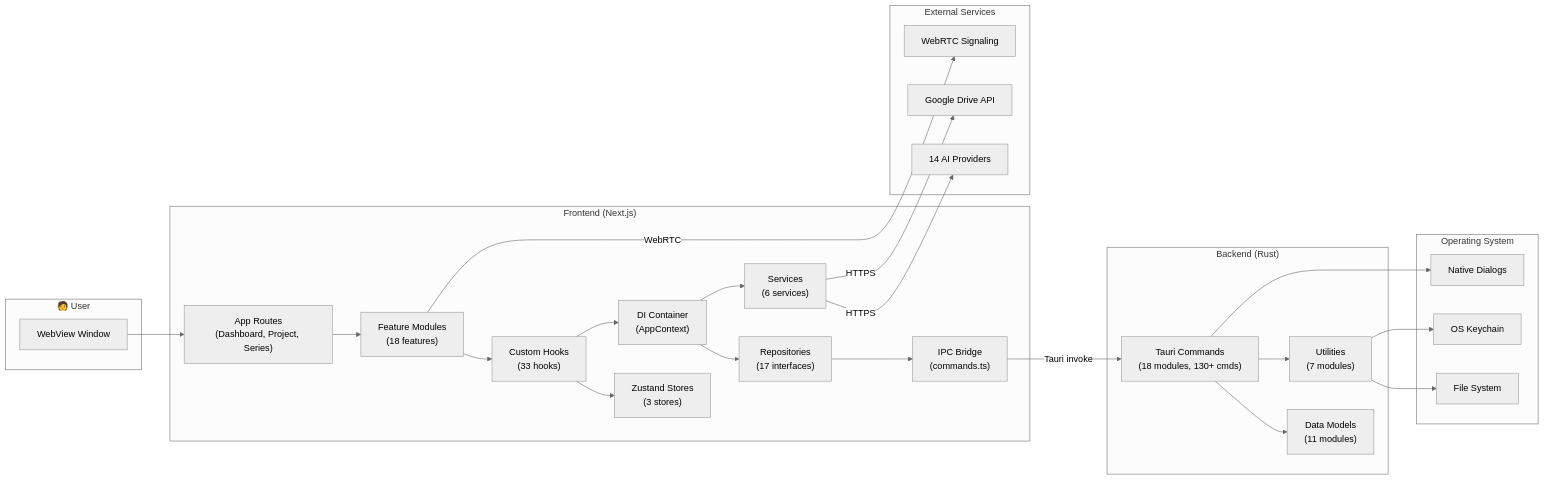
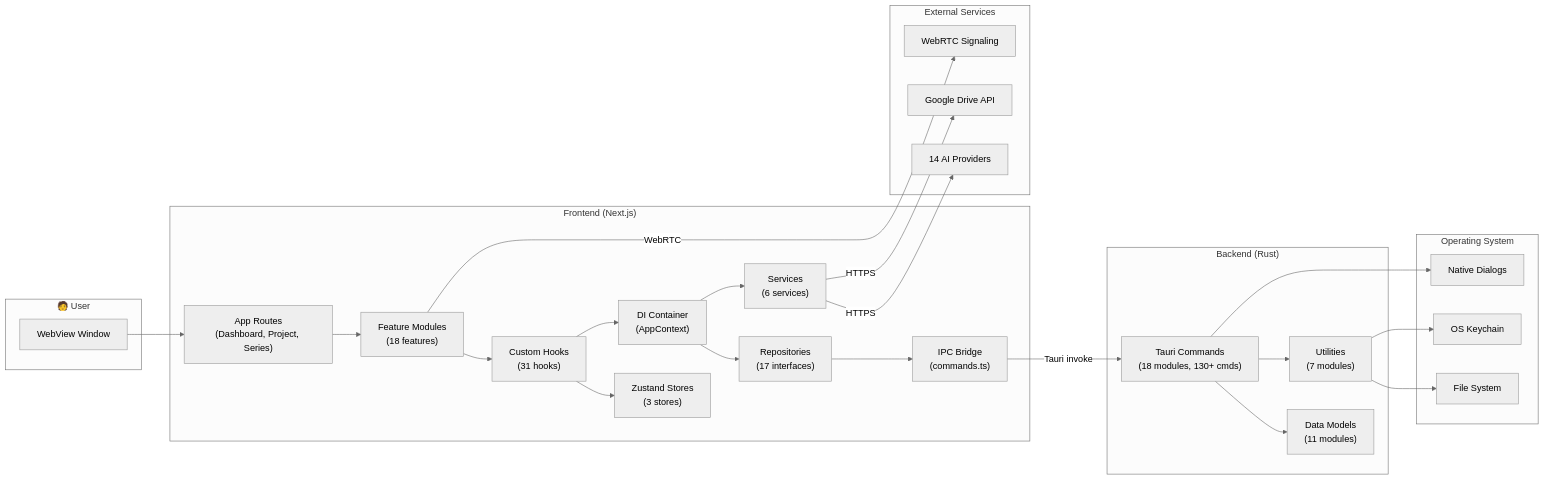
The second of 6 diagrams in docs/hld.md (Sai-Roopesh/becomeAnAuthor), drawn with Mermaid (neutral theme) before and after one commit. The commit also changed other lines of this file and 2 other files, not shown here.

````diff
--- a/docs/hld.md
+++ b/docs/hld.md
@@ -257,49 +257,49 @@
 ```mermaid
 flowchart LR
     subgraph User["🧑 User"]
         Browser["WebView Window"]
     end
 
     subgraph Frontend["Frontend (Next.js)"]
         Pages["App Routes<br/>(Dashboard, Project, Series)"]
         Features["Feature Modules<br/>(18 features)"]
-        Hooks["Custom Hooks<br/>(33 hooks)"]
+        Hooks["Custom Hooks<br/>(31 hooks)"]
         Stores["Zustand Stores<br/>(3 stores)"]
         DI["DI Container<br/>(AppContext)"]
         Repos["Repositories<br/>(17 interfaces)"]
         Services["Services<br/>(6 services)"]
         IPC["IPC Bridge<br/>(commands.ts)"]
     end
 
     subgraph Backend["Backend (Rust)"]
         Commands["Tauri Commands<br/>(18 modules, 130+ cmds)"]
         Models["Data Models<br/>(11 modules)"]
         Utils["Utilities<br/>(7 modules)"]
     end
 
     subgraph OS["Operating System"]
         FS["File System"]
         Keychain["OS Keychain"]
         Dialog["Native Dialogs"]
     end
 
     subgraph External["External Services"]
         AIProviders["14 AI Providers"]
         GDrive["Google Drive API"]
         Signaling["WebRTC Signaling"]
     end
 
     Browser --> Pages --> Features --> Hooks
     Hooks --> Stores
     Hooks --> DI --> Repos --> IPC
     DI --> Services
     IPC -->|"Tauri invoke"| Commands
     Commands --> Models
     Commands --> Utils
     Utils --> FS
     Utils --> Keychain
     Commands --> Dialog
     Services -->|"HTTPS"| AIProviders
     Services -->|"HTTPS"| GDrive
     Features -->|"WebRTC"| Signaling
 ```
````
